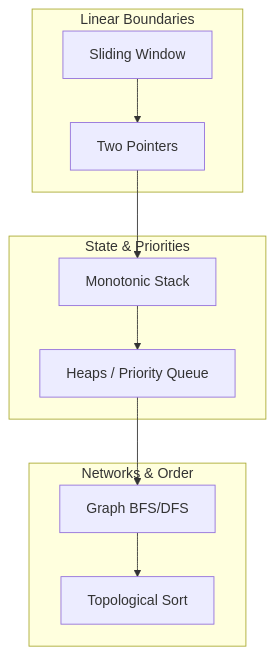
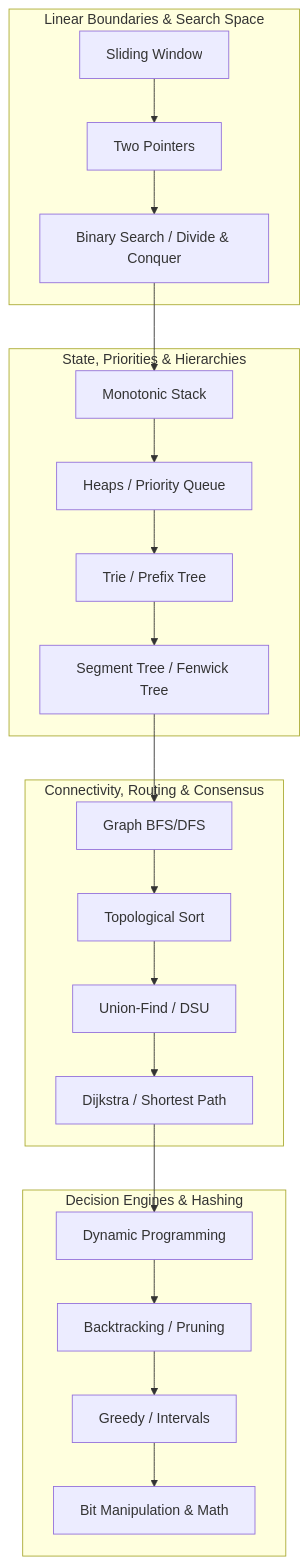
The diagram in README.md (J-Rebs/DSA-prep), drawn with Mermaid before and after one commit. The commit also changed other lines of this file and 10 other files, not shown here.

Commit message:
Expand roadmap to 15 concepts covering LeetCode 150 & Grokking mappings

````diff
--- a/README.md
+++ b/README.md
@@ -7,17 +7,29 @@
 ```mermaid
 graph TD
-    subgraph Phase 1: Foundations [Linear Boundaries]
+    subgraph Phase 1: Foundations [Linear Boundaries & Search Space]
         A[Sliding Window] --> B[Two Pointers]
+        B --> C[Binary Search / Divide & Conquer]
     end
 
-    subgraph Phase 2: Structural [State & Priorities]
-        C[Monotonic Stack] --> D[Heaps / Priority Queue]
+    subgraph Phase 2: Structural [State, Priorities & Hierarchies]
+        D[Monotonic Stack] --> E[Heaps / Priority Queue]
+        E --> F[Trie / Prefix Tree]
+        F --> G[Segment Tree / Fenwick Tree]
     end
 
-    subgraph Phase 3: Distributed [Networks & Order]
-        E[Graph BFS/DFS] --> F[Topological Sort]
+    subgraph Phase 3: Distributed & Networks [Connectivity, Routing & Consensus]
+        H[Graph BFS/DFS] --> I[Topological Sort]
+        I --> J[Union-Find / DSU]
+        J --> K[Dijkstra / Shortest Path]
     end
 
-    B --> C
-    D --> E
+    subgraph Phase 4: Optimization & Search [Decision Engines & Hashing]
+        L[Dynamic Programming] --> M[Backtracking / Pruning]
+        M --> N[Greedy / Intervals]
+        N --> O[Bit Manipulation & Math]
+    end
+
+    C --> D
+    G --> H
+    K --> L
 ```
````
